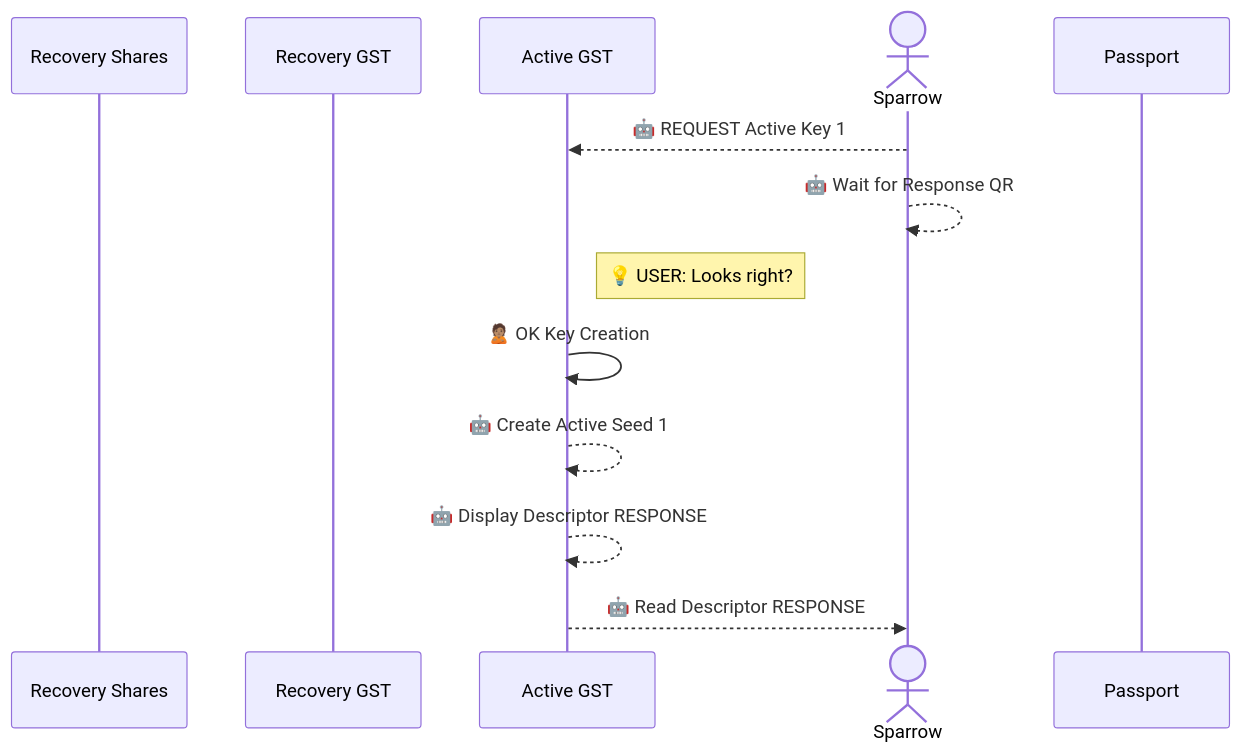
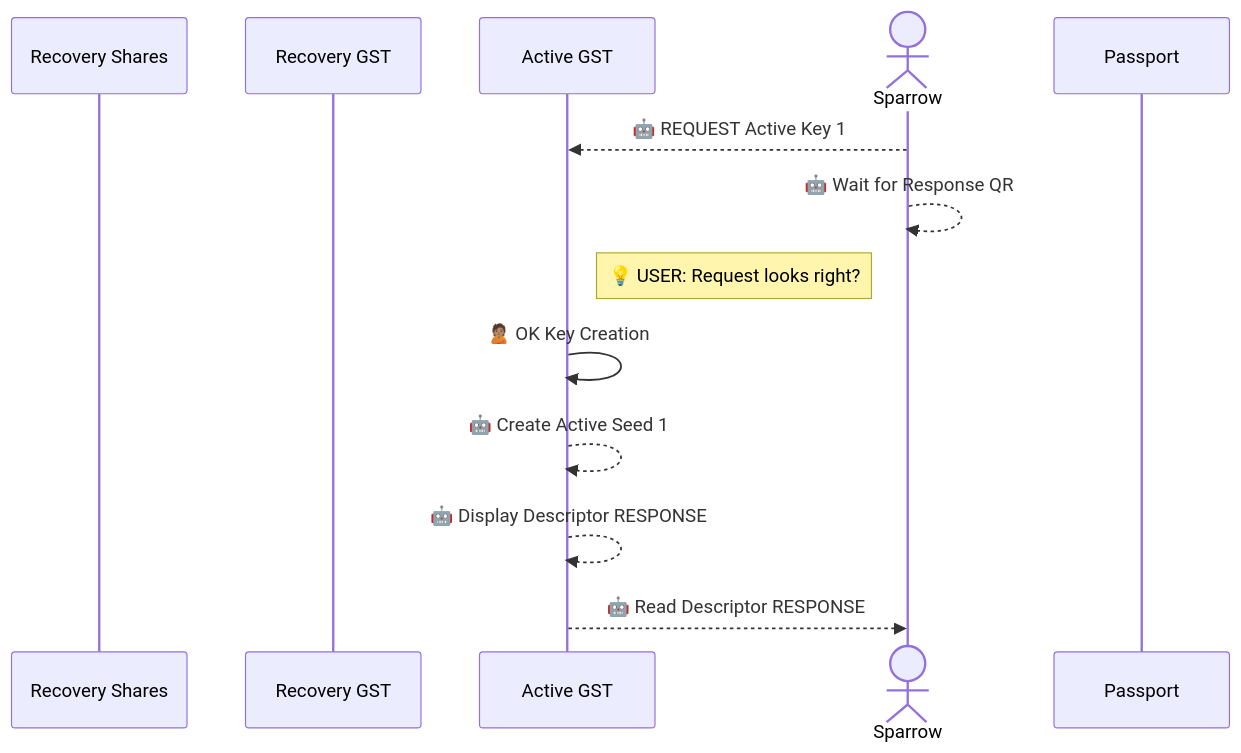
Before and after one commit to BlockchainCommons/SmartCustody: the ninth of 12 diagrams in Docs/Scenario-Multisig-RR.md, drawn with Mermaid. The commit also changed other lines of this file, not shown here.

````diff
--- a/Docs/Scenario-Multisig-RR.md
+++ b/Docs/Scenario-Multisig-RR.md
@@ -245,16 +247,16 @@
 ```mermaid
 sequenceDiagram
 participant Rs as Recovery Shares
 participant R as Recovery GST
 participant S1 as Active GST
 actor TC as Sparrow
 participant S2 as Passport
 
 TC-->>S1: 🤖 REQUEST Active Key 1
 TC-->>TC: 🤖 Wait for Response QR
-note right of S1: 💡 USER: Looks right?
+note right of S1: 💡 USER: Request looks right?
 S1->>S1: 🙎🏽 OK Key Creation
 S1-->>S1: 🤖 Create Active Seed 1
 S1-->>S1: 🤖 Display Descriptor RESPONSE
 S1-->>TC: 🤖 Read Descriptor RESPONSE
 ```
````
